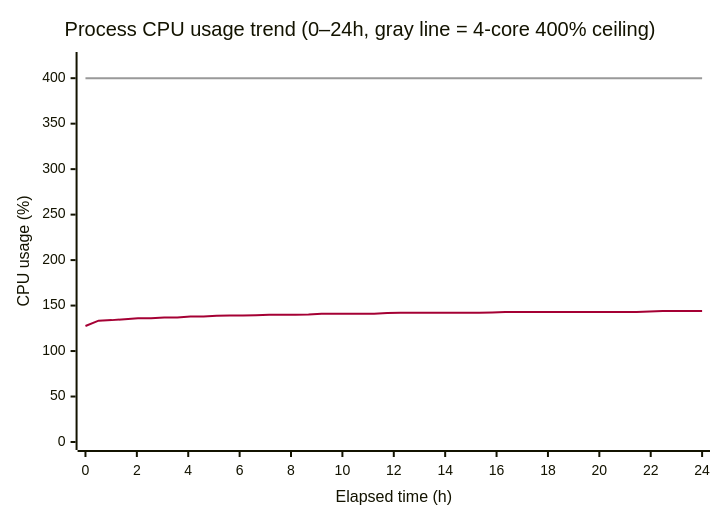
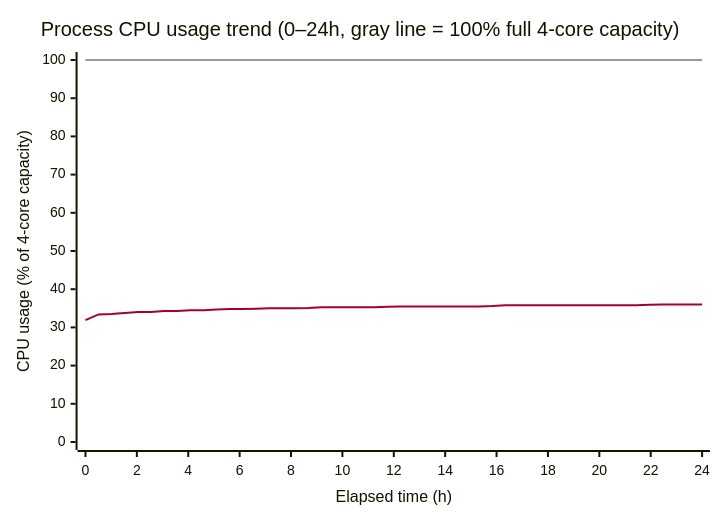
Before and after one commit to lgcmu2026-team5/TimeGrapher-Docs: the third of 4 diagrams in Milestone/en/4-Planned-Experiments.md, drawn with Mermaid. The commit also changed other lines of this file and 1 other file, not shown here.

Commit message:
Update: 4-Planned-Experiments.md

````diff
--- a/Milestone/en/4-Planned-Experiments.md
+++ b/Milestone/en/4-Planned-Experiments.md
@@ -277,9 +277,9 @@
 ```mermaid
 %%{init: {"themeVariables": {"xyChart": {"plotColorPalette": "#A50034, #999999"}}}}%%
 xychart-beta
-    title "Process CPU usage trend (0–24h, gray line = 4-core 400% ceiling)"
+    title "Process CPU usage trend (0–24h, gray line = 100% full 4-core capacity)"
     x-axis "Elapsed time (h)" 0 --> 24
-    y-axis "CPU usage (%)" 0 --> 420
-    line [127.5, 133.4, 134.0, 135.0, 136.0, 136.0, 137.0, 137.0, 138.0, 138.0, 138.7, 139.0, 139.0, 139.4, 140.0, 140.0, 140.0, 140.2, 141.0, 141.0, 141.0, 141.0, 141.0, 141.7, 142.0, 142.0, 142.0, 142.0, 142.0, 142.0, 142.0, 142.5, 143.0, 143.0, 143.0, 143.0, 143.0, 143.0, 143.0, 143.0, 143.0, 143.0, 143.0, 143.5, 144.0, 144.0, 144.0, 144.0]
-    line [400, 400, 400, 400, 400, 400, 400, 400, 400, 400, 400, 400, 400, 400, 400, 400, 400, 400, 400, 400, 400, 400, 400, 400, 400, 400, 400, 400, 400, 400, 400, 400, 400, 400, 400, 400, 400, 400, 400, 400, 400, 400, 400, 400, 400, 400, 400, 400]
+    y-axis "CPU usage (% of 4-core capacity)" 0 --> 100
+    line [31.9, 33.4, 33.5, 33.8, 34.0, 34.0, 34.3, 34.3, 34.5, 34.5, 34.7, 34.8, 34.8, 34.9, 35.0, 35.0, 35.0, 35.1, 35.3, 35.3, 35.3, 35.3, 35.3, 35.4, 35.5, 35.5, 35.5, 35.5, 35.5, 35.5, 35.5, 35.6, 35.8, 35.8, 35.8, 35.8, 35.8, 35.8, 35.8, 35.8, 35.8, 35.8, 35.8, 35.9, 36.0, 36.0, 36.0, 36.0]
+    line [100, 100, 100, 100, 100, 100, 100, 100, 100, 100, 100, 100, 100, 100, 100, 100, 100, 100, 100, 100, 100, 100, 100, 100, 100, 100, 100, 100, 100, 100, 100, 100, 100, 100, 100, 100, 100, 100, 100, 100, 100, 100, 100, 100, 100, 100, 100, 100]
 ```
````
